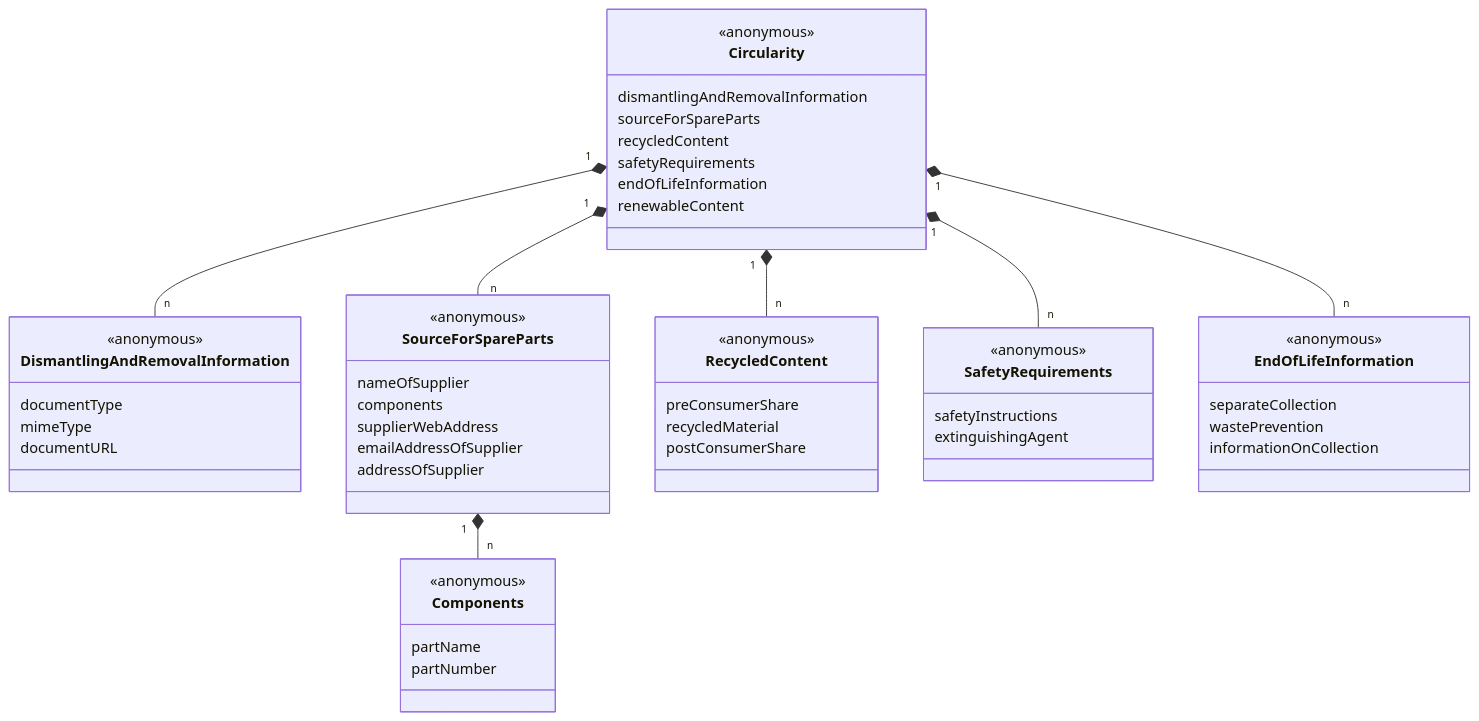
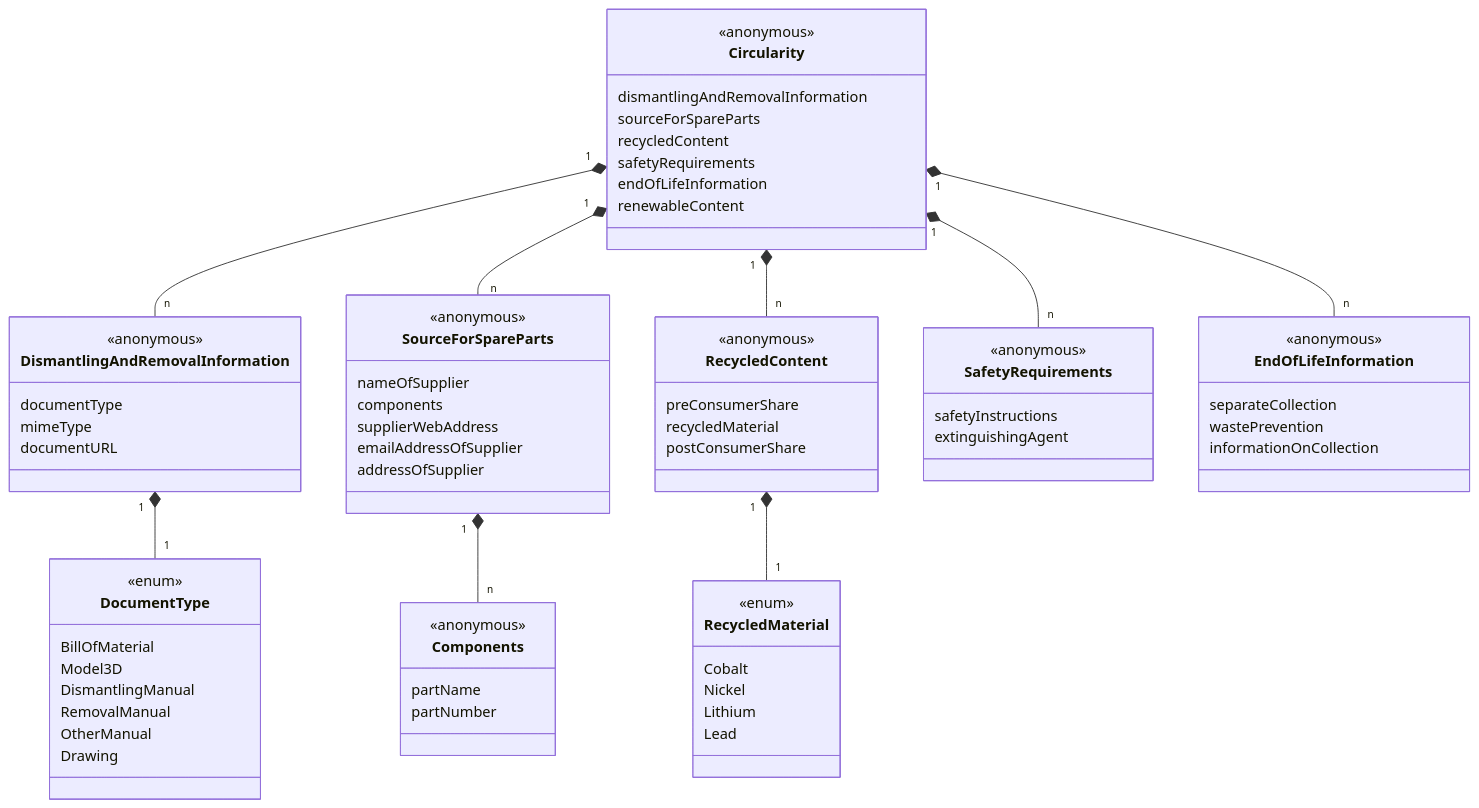
One commit to spherity/dpp-vocabulary changed the fourth of 8 diagrams in docs/contexts/dbp/vocabulary.md. Above: the diagram before and after it, drawn with Mermaid. The commit also changed other lines of this file and 3 other files, not shown here.

````diff
--- a/docs/contexts/dbp/vocabulary.md
+++ b/docs/contexts/dbp/vocabulary.md
@@ -214,56 +214,72 @@
 ```mermaid
 classDiagram
     class Circularity{
         <<anonymous>>
         dismantlingAndRemovalInformation
         sourceForSpareParts
         recycledContent
         safetyRequirements
         endOfLifeInformation
         renewableContent
     }
     class DismantlingAndRemovalInformation {
         <<anonymous>>
         documentType
         mimeType
         documentURL
+    }
+    class DocumentType {
+        <<enum>>
+        BillOfMaterial
+        Model3D
+        DismantlingManual
+        RemovalManual
+        OtherManual
+        Drawing
     }
     class SourceForSpareParts {
         <<anonymous>>
         nameOfSupplier
         components
         supplierWebAddress
         emailAddressOfSupplier
         addressOfSupplier
     }
     class Components {
         <<anonymous>>
         partName
         partNumber
     }
     class RecycledContent {
         <<anonymous>>
         preConsumerShare
         recycledMaterial
         postConsumerShare
     }
+    class RecycledMaterial {
+        <<enum>>
+        Cobalt
+        Nickel
+        Lithium
+        Lead
+    }
     class SafetyRequirements {
         <<anonymous>>
         safetyInstructions
         extinguishingAgent
     }
     class EndOfLifeInformation {
         <<anonymous>>
         separateCollection
         wastePrevention
         informationOnCollection
     }
     Circularity "1" *-- "n" DismantlingAndRemovalInformation
     Circularity "1" *-- "n" SourceForSpareParts
     SourceForSpareParts "1" *-- "n" Components
     Circularity "1" *-- "n" RecycledContent
     Circularity "1" *-- "n" SafetyRequirements
     Circularity "1" *-- "n" EndOfLifeInformation
-
-
+    DismantlingAndRemovalInformation "1" *-- "1" DocumentType
+    RecycledContent "1" *-- "1" RecycledMaterial
 ```
````
